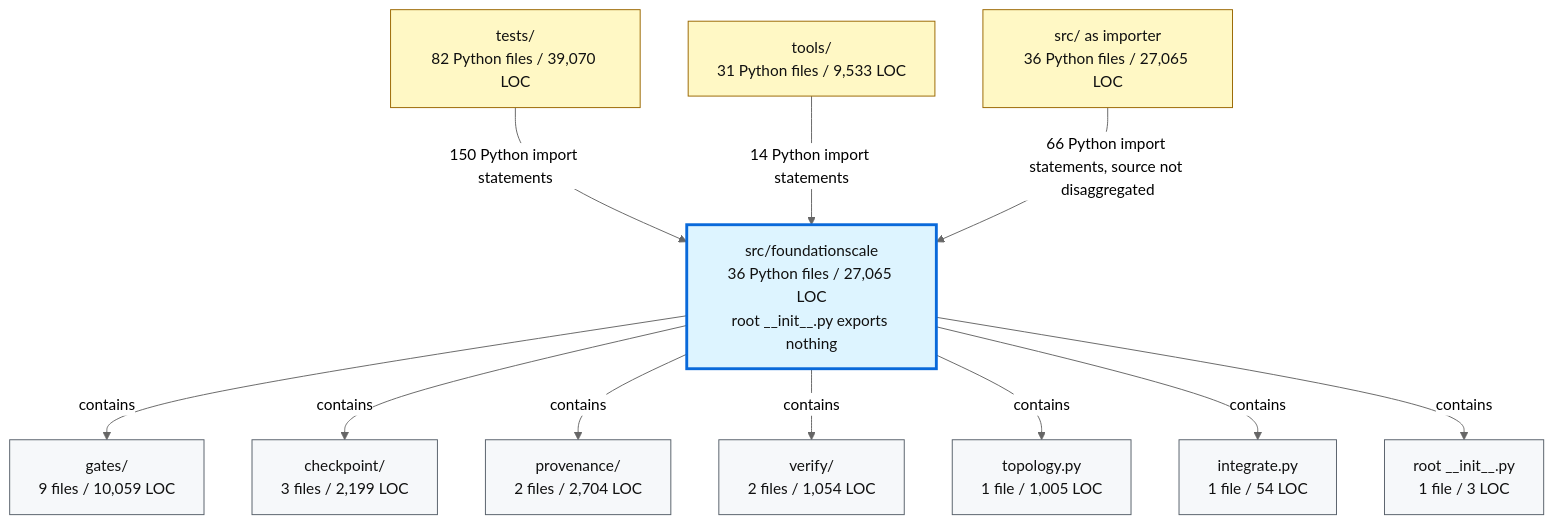
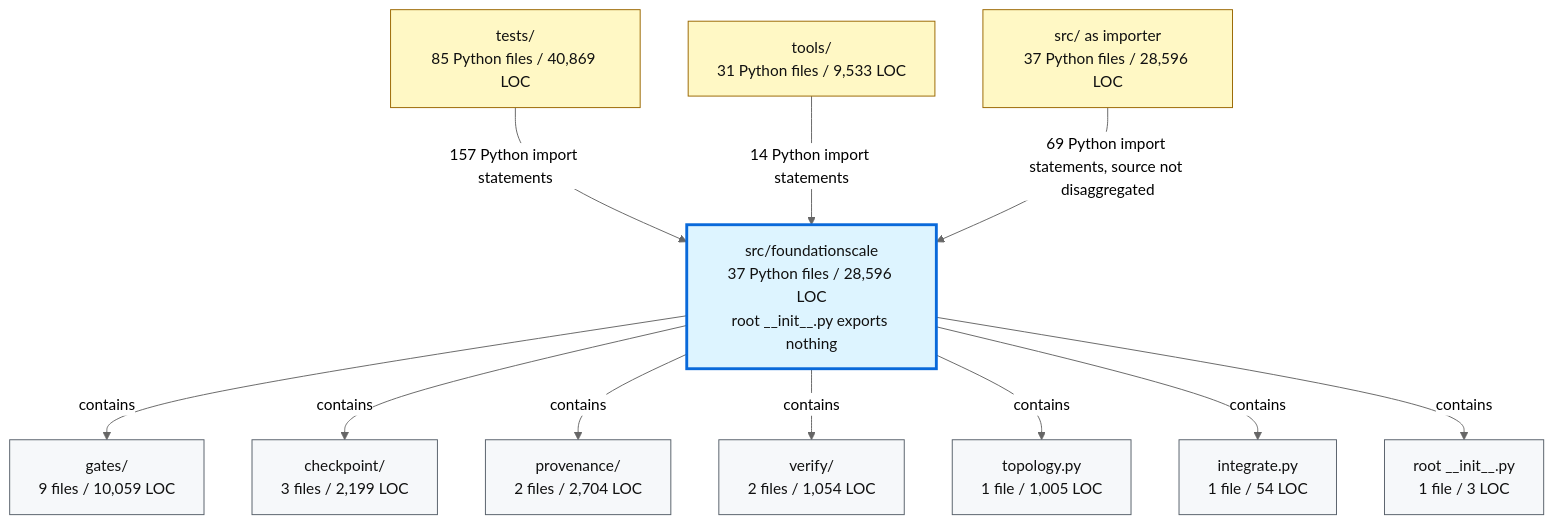
Before and after one commit to TranNhiem/FoundationScale: the second of 2 diagrams in docs/review/D2_current_architecture.md, drawn with Mermaid (neutral theme). The commit also changed other lines of this file and 19 other files, not shown here.

````diff
--- a/docs/review/D2_current_architecture.md
+++ b/docs/review/D2_current_architecture.md
@@ -97,36 +97,36 @@
 ```mermaid
 flowchart TB
-  TESTS["tests/<br/>82 Python files / 39,070 LOC"]
+  TESTS["tests/<br/>85 Python files / 40,869 LOC"]
   TOOLS["tools/<br/>31 Python files / 9,533 LOC"]
-  SRC["src/ as importer<br/>36 Python files / 27,065 LOC"]
+  SRC["src/ as importer<br/>37 Python files / 28,596 LOC"]
 
-  FS["src/foundationscale<br/>36 Python files / 27,065 LOC<br/>root __init__.py exports nothing"]
+  FS["src/foundationscale<br/>37 Python files / 28,596 LOC<br/>root __init__.py exports nothing"]
 
   GATES["gates/<br/>9 files / 10,059 LOC"]
   CKPT["checkpoint/<br/>3 files / 2,199 LOC"]
   PROV["provenance/<br/>2 files / 2,704 LOC"]
   VERIFY["verify/<br/>2 files / 1,054 LOC"]
   TOPO["topology.py<br/>1 file / 1,005 LOC"]
   INTEG["integrate.py<br/>1 file / 54 LOC"]
   ROOT["root __init__.py<br/>1 file / 3 LOC"]
 
-  TESTS -->|"150 Python import statements"| FS
+  TESTS -->|"157 Python import statements"| FS
   TOOLS -->|"14 Python import statements"| FS
-  SRC -->|"66 Python import statements, source not disaggregated"| FS
+  SRC -->|"69 Python import statements, source not disaggregated"| FS
 
   FS -->|"contains"| GATES
   FS -->|"contains"| CKPT
   FS -->|"contains"| PROV
   FS -->|"contains"| VERIFY
   FS -->|"contains"| TOPO
   FS -->|"contains"| INTEG
   FS -->|"contains"| ROOT
 
   classDef consumer fill:#fff8c5,stroke:#9a6700,color:#111;
   classDef package fill:#ddf4ff,stroke:#0969da,stroke-width:3px,color:#111;
   classDef module fill:#f6f8fa,stroke:#57606a,color:#111;
 
   class TESTS,TOOLS,SRC consumer;
   class FS package;
   class GATES,CKPT,PROV,VERIFY,TOPO,INTEG,ROOT module;
 ```
````
